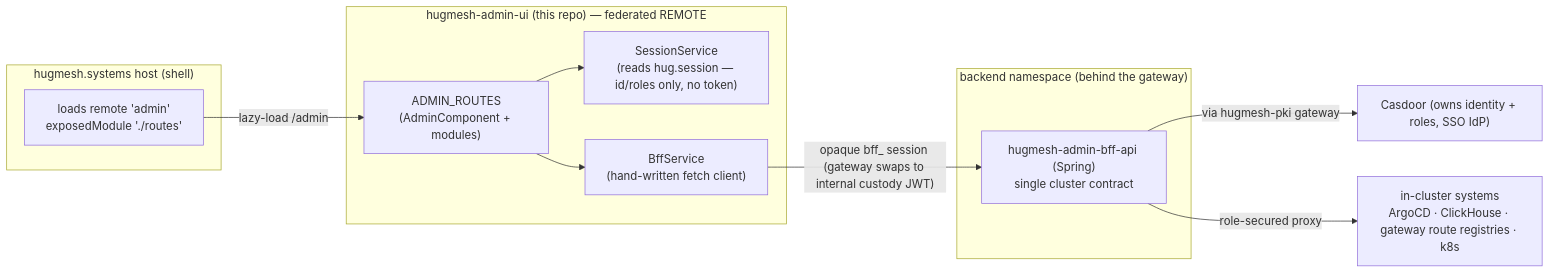
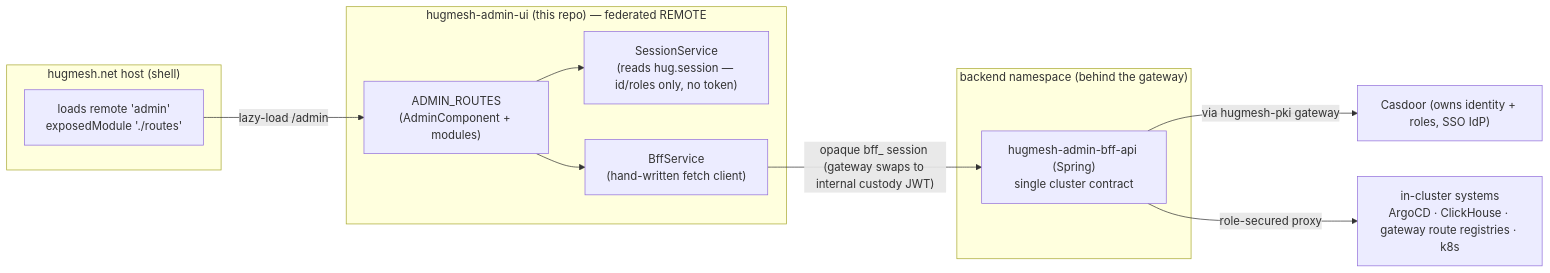
The first of 4 diagrams in README.md (hugmesh/hugmesh-admin-ui), drawn with Mermaid before and after one commit. The commit also changed other lines of this file and 21 other files, not shown here.

First line of the commit message:
chore(rename): eliminate .systems tokens in favour of hugmesh.net

````diff
--- a/README.md
+++ b/README.md
@@ -20,26 +20,26 @@
 ```mermaid
 flowchart LR
-  subgraph host["hugmesh.systems host (shell)"]
+  subgraph host["hugmesh.net host (shell)"]
     H["loads remote 'admin'<br/>exposedModule './routes'"]
   end
 
   subgraph remote["hugmesh-admin-ui (this repo) — federated REMOTE"]
     UI["ADMIN_ROUTES<br/>(AdminComponent + modules)"]
     SS["SessionService<br/>(reads hug.session — id/roles only, no token)"]
     BS["BffService<br/>(hand-written fetch client)"]
   end
 
   subgraph backend["backend namespace (behind the gateway)"]
     BFF["hugmesh-admin-bff-api (Spring)<br/>single cluster contract"]
   end
 
   CAS["Casdoor (owns identity + roles, SSO IdP)"]
   CLUSTER["in-cluster systems<br/>ArgoCD · ClickHouse · gateway route registries · k8s"]
 
   H -->|"lazy-load /admin"| UI
   UI --> SS
   UI --> BS
   BS -->|"opaque bff_ session (gateway swaps to internal custody JWT)"| BFF
   BFF -->|"via hugmesh-pki gateway"| CAS
   BFF -->|"role-secured proxy"| CLUSTER
 ```
````
